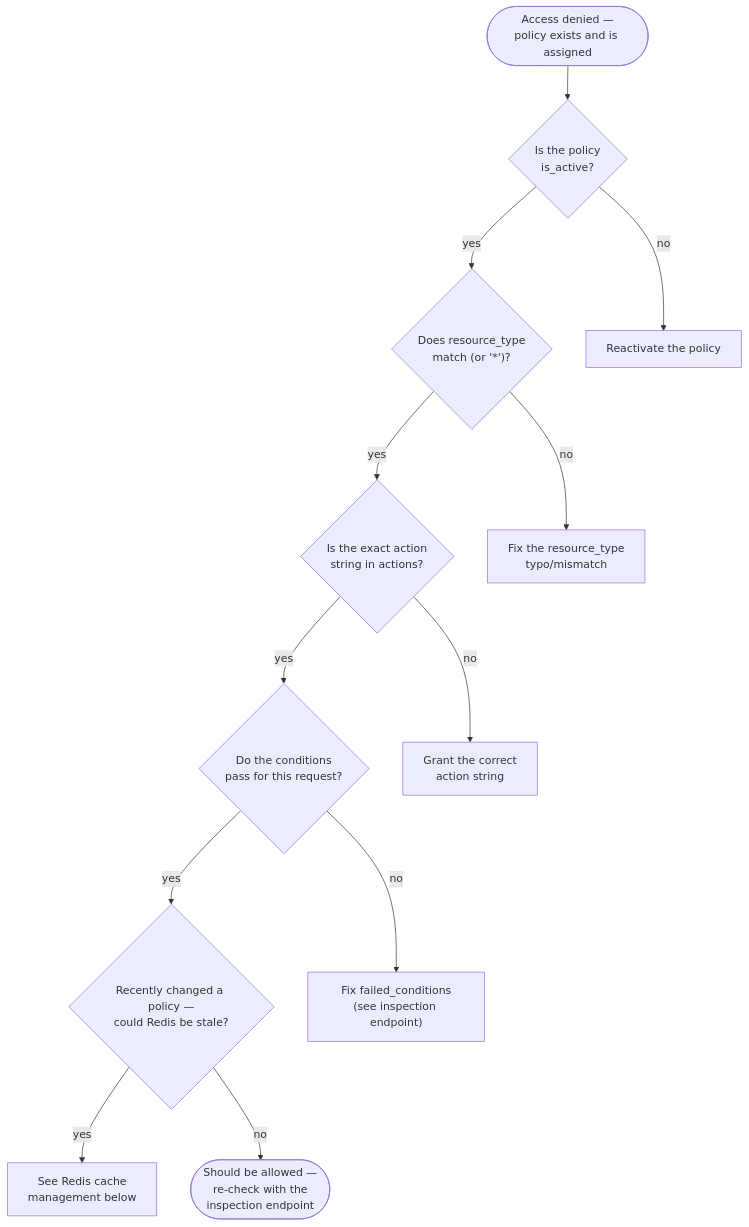
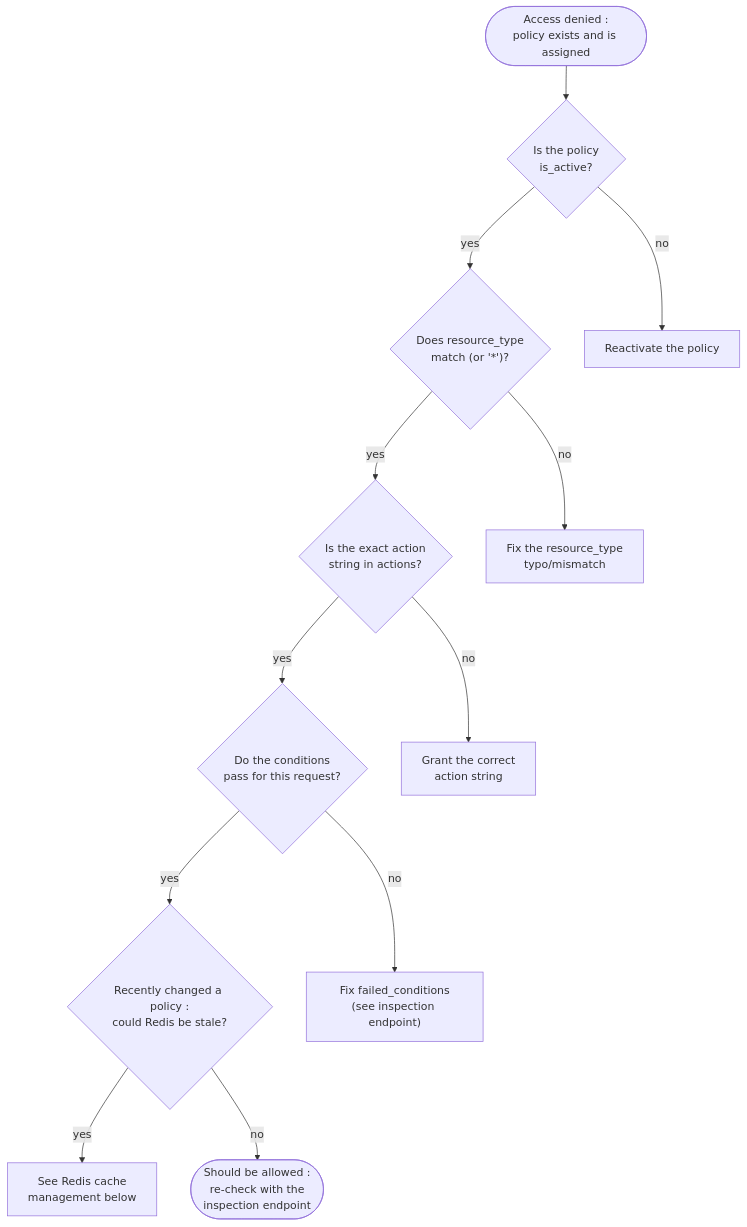
The diagram in docs/mystic_auth/authorization/troubleshooting.md (Nachiket-2024/mystic-auth), drawn with Mermaid before and after one commit. The commit also changed other lines of this file and 310 other files, not shown here.

````diff
--- a/docs/mystic_auth/authorization/troubleshooting.md
+++ b/docs/mystic_auth/authorization/troubleshooting.md
@@ -24,27 +24,27 @@
 ```mermaid
 flowchart TD
-    Start(["Access denied —<br/>policy exists and is assigned"])
+    Start(["Access denied :<br/>policy exists and is assigned"])
     Active{"Is the policy<br/>is_active?"}
     ResType{"Does resource_type<br/>match (or '*')?"}
     Action{"Is the exact action<br/>string in actions?"}
     Cond{"Do the conditions<br/>pass for this request?"}
-    Cache{"Recently changed a policy —<br/>could Redis be stale?"}
+    Cache{"Recently changed a policy :<br/>could Redis be stale?"}
     Fix1["Reactivate the policy"]
     Fix2["Fix the resource_type<br/>typo/mismatch"]
     Fix3["Grant the correct<br/>action string"]
     Fix4["Fix failed_conditions<br/>(see inspection endpoint)"]
     Fix5["See Redis cache<br/>management below"]
-    Allowed(["Should be allowed —<br/>re-check with the<br/>inspection endpoint"])
+    Allowed(["Should be allowed :<br/>re-check with the<br/>inspection endpoint"])
 
     Start --> Active
     Active -- "no" --> Fix1
     Active -- "yes" --> ResType
     ResType -- "no" --> Fix2
     ResType -- "yes" --> Action
     Action -- "no" --> Fix3
     Action -- "yes" --> Cond
     Cond -- "no" --> Fix4
     Cond -- "yes" --> Cache
     Cache -- "yes" --> Fix5
     Cache -- "no" --> Allowed
 ```
````
